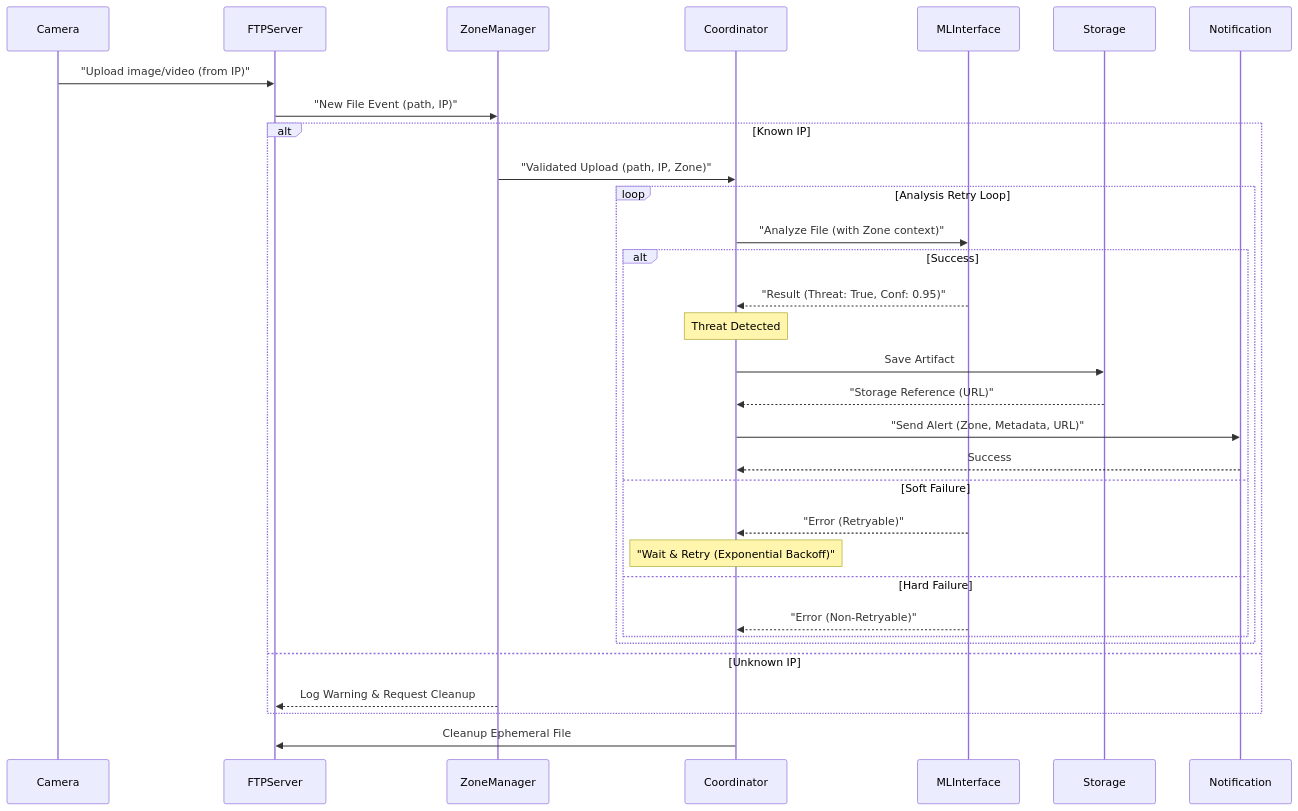
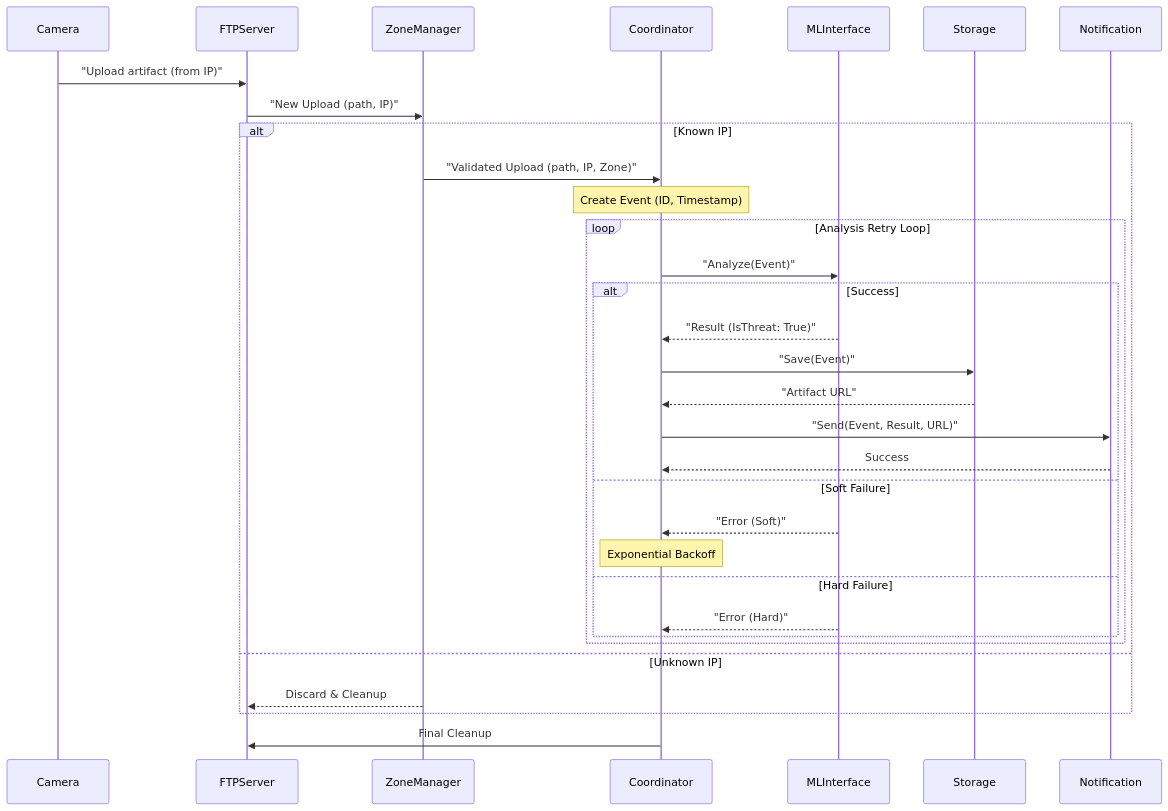
The second of 2 diagrams in docs/DESIGN.md (digitalentity/red-queen), drawn with Mermaid before and after one commit. The commit also changed other lines of this file and 14 other files, not shown here.

First line of the commit message:
feat: implement core architecture and configuration management

````diff
--- a/docs/DESIGN.md
+++ b/docs/DESIGN.md
@@ -91,39 +81,39 @@
 ```mermaid
 sequenceDiagram
     participant Camera
     participant FTPServer
     participant ZoneManager
     participant Coordinator
     participant MLInterface
     participant Storage
     participant Notification
 
-    Camera->>FTPServer: "Upload image/video (from IP)"
-    FTPServer->>ZoneManager: "New File Event (path, IP)"
+    Camera->>FTPServer: "Upload artifact (from IP)"
+    FTPServer->>ZoneManager: "New Upload (path, IP)"
     
     alt Known IP
         ZoneManager->>Coordinator: "Validated Upload (path, IP, Zone)"
+        Note over Coordinator: Create Event (ID, Timestamp)
         loop Analysis Retry Loop
-            Coordinator->>MLInterface: "Analyze File (with Zone context)"
+            Coordinator->>MLInterface: "Analyze(Event)"
             alt Success
-                MLInterface-->>Coordinator: "Result (Threat: True, Conf: 0.95)"
-                Note over Coordinator: Threat Detected
+                MLInterface-->>Coordinator: "Result (IsThreat: True)"
                 
-                Coordinator->>Storage: Save Artifact
-                Storage-->>Coordinator: "Storage Reference (URL)"
+                Coordinator->>Storage: "Save(Event)"
+                Storage-->>Coordinator: "Artifact URL"
                 
-                Coordinator->>Notification: "Send Alert (Zone, Metadata, URL)"
+                Coordinator->>Notification: "Send(Event, Result, URL)"
                 Notification-->>Coordinator: Success
             else Soft Failure
-                MLInterface-->>Coordinator: "Error (Retryable)"
-                Note over Coordinator: "Wait & Retry (Exponential Backoff)"
+                MLInterface-->>Coordinator: "Error (Soft)"
+                Note over Coordinator: Exponential Backoff
             else Hard Failure
-                MLInterface-->>Coordinator: "Error (Non-Retryable)"
+                MLInterface-->>Coordinator: "Error (Hard)"
             end
         end
     else Unknown IP
-        ZoneManager-->>FTPServer: Log Warning & Request Cleanup
+        ZoneManager-->>FTPServer: Discard & Cleanup
     end
     
-    Coordinator->>FTPServer: Cleanup Ephemeral File
+    Coordinator->>FTPServer: Final Cleanup
 ```
````
